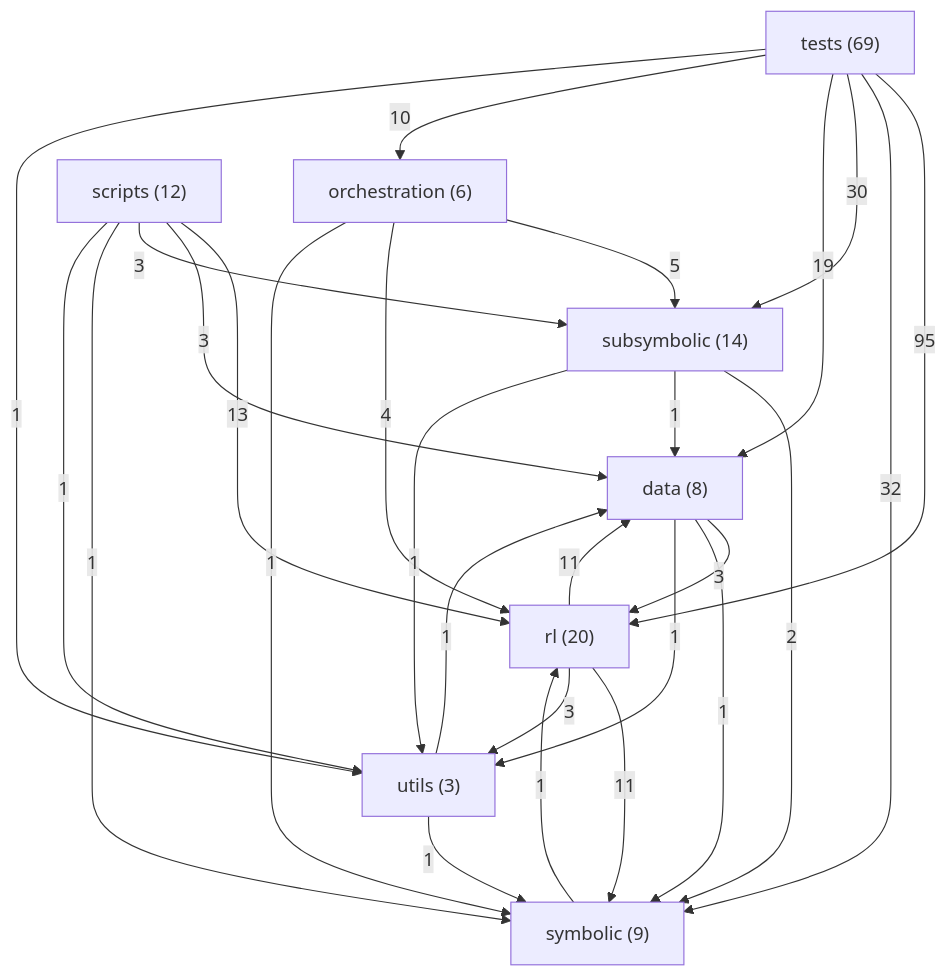
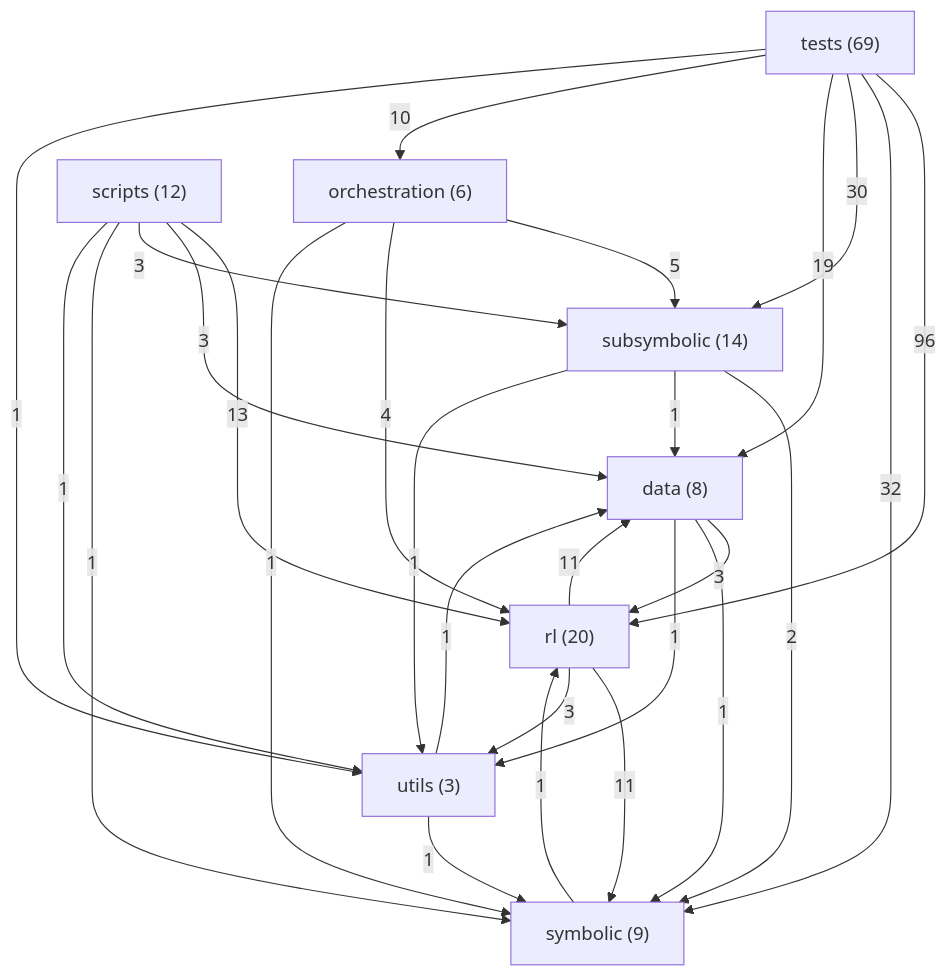
The diagram in ARCHITECTURE.md (danrd/ARC-AGI), drawn with Mermaid before and after one commit. The commit also changed other lines of this file and 2 other files, not shown here.

Commit message:
Record the steps a run was trained for
Claude-Session: https://claude.ai/code/session_01AxUKUd9JPHao7rQPt3sTcu

````diff
--- a/ARCHITECTURE.md
+++ b/ARCHITECTURE.md
@@ -173,37 +173,37 @@
 ```mermaid
 graph TD
   data["data (8)"]
   orchestration["orchestration (6)"]
   rl["rl (20)"]
   scripts["scripts (12)"]
   subsymbolic["subsymbolic (14)"]
   symbolic["symbolic (9)"]
   tests["tests (69)"]
   utils["utils (3)"]
-  tests -->|95| rl
+  tests -->|96| rl
   tests -->|32| symbolic
   tests -->|30| subsymbolic
   tests -->|19| data
   scripts -->|13| rl
   rl -->|11| data
   rl -->|11| symbolic
   tests -->|10| orchestration
   orchestration -->|5| subsymbolic
   orchestration -->|4| rl
   data -->|3| rl
   rl -->|3| utils
   scripts -->|3| data
   scripts -->|3| subsymbolic
   subsymbolic -->|2| symbolic
   data -->|1| symbolic
   data -->|1| utils
   orchestration -->|1| symbolic
   scripts -->|1| symbolic
   scripts -->|1| utils
   subsymbolic -->|1| data
   subsymbolic -->|1| utils
   symbolic -->|1| rl
   tests -->|1| utils
   utils -->|1| data
   utils -->|1| symbolic
 ```
````
